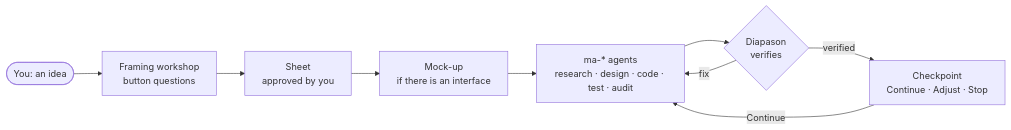
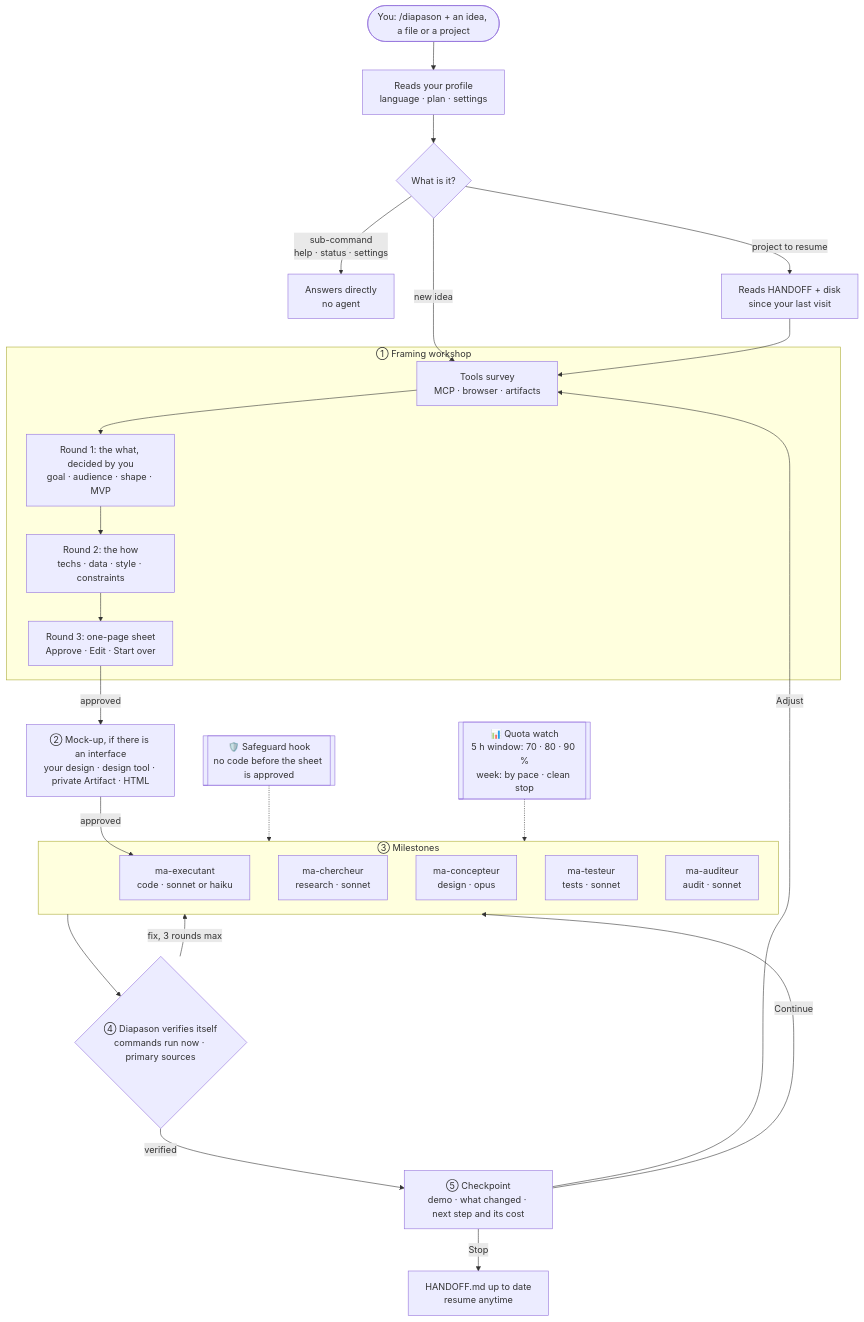
One commit to MalikChopa/diapason changed the first of 2 diagrams in README.md. Above: the diagram before and after it, drawn with Mermaid. The commit also changed other lines of this file, not shown here.

Commit message:
README : schéma complet du fonctionnement (EN et FR)

````diff
--- a/README.md
+++ b/README.md
@@ -40,11 +40,36 @@
 ```mermaid
-flowchart LR
-    U(["You: an idea"]) --> A["Framing workshop<br/>button questions"]
-    A --> F["Sheet<br/>approved by you"]
-    F --> M["Mock-up<br/>if there is an interface"]
-    M --> G["ma-* agents<br/>research · design · code · test · audit"]
-    G --> V{"Diapason<br/>verifies"}
-    V -- "fix" --> G
-    V -- "verified" --> P["Checkpoint<br/>Continue · Adjust · Stop"]
-    P -- "Continue" --> G
+flowchart TD
+    U(["You: /diapason + an idea, a file or a project"]) --> P["Reads your profile<br/>language · plan · settings"]
+    P --> R{"What is it?"}
+    R -- "sub-command<br/>help · status · settings" --> SC["Answers directly<br/>no agent"]
+    R -- "project to resume" --> RS["Reads HANDOFF + disk<br/>since your last visit"]
+    R -- "new idea" --> Q
+    RS --> Q
+
+    subgraph W["① Framing workshop"]
+        Q["Tools survey<br/>MCP · browser · artifacts"] --> T1["Round 1: the what, decided by you<br/>goal · audience · shape · MVP"]
+        T1 --> T2["Round 2: the how<br/>techs · data · style · constraints"]
+        T2 --> T3["Round 3: one-page sheet<br/>Approve · Edit · Start over"]
+    end
+
+    T3 -- "approved" --> MK["② Mock-up, if there is an interface<br/>your design · design tool · private Artifact · HTML"]
+    MK -- "approved" --> A3
+
+    subgraph J["③ Milestones"]
+        A1["ma-chercheur<br/>research · sonnet"]
+        A2["ma-concepteur<br/>design · opus"]
+        A3["ma-executant<br/>code · sonnet or haiku"]
+        A4["ma-testeur<br/>tests · sonnet"]
+        A5["ma-auditeur<br/>audit · sonnet"]
+    end
+
+    J --> V{"④ Diapason verifies itself<br/>commands run now · primary sources"}
+    V -- "fix, 3 rounds max" --> J
+    V -- "verified" --> CP["⑤ Checkpoint<br/>demo · what changed · next step and its cost"]
+    CP -- "Continue" --> J
+    CP -- "Adjust" --> Q
+    CP -- "Stop" --> H["HANDOFF.md up to date<br/>resume anytime"]
+
+    G[["🛡️ Safeguard hook<br/>no code before the sheet is approved"]] -.-> J
+    QT[["📊 Quota watch<br/>5 h window: 70 · 80 · 90 %<br/>week: by pace · clean stop"]] -.-> J
 ```
````
